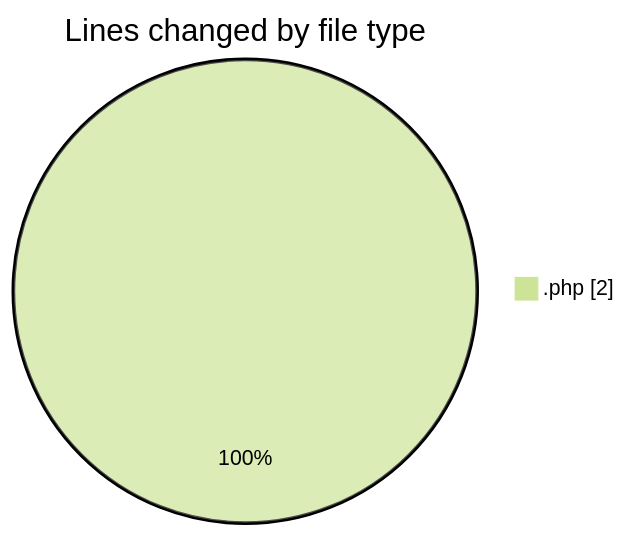
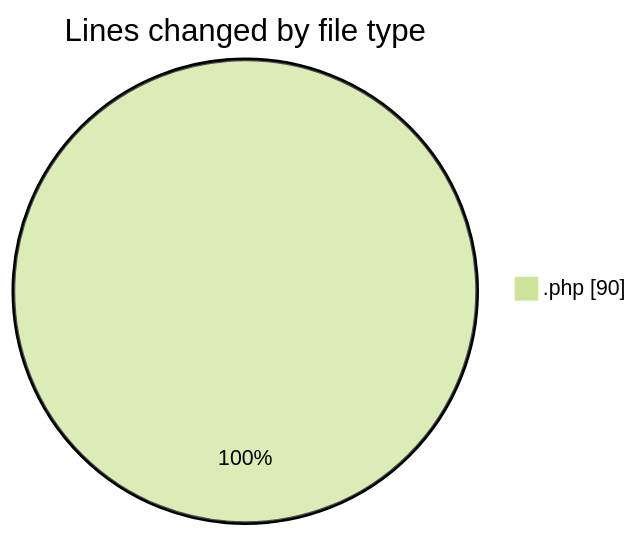
One commit to LanceThiago/code-tracking changed the first of 2 diagrams in 2025-01-15/oficina/README.md. Above: the diagram before and after it, drawn with Mermaid (forest theme). The commit also changed other lines of this file and 1 other file, not shown here.

````diff
--- a/2025-01-15/oficina/README.md
+++ b/2025-01-15/oficina/README.md
@@ -20,5 +21,5 @@
 ```mermaid
 pie showData
 title Lines changed by file type
-".php" : 2
+".php" : 90
 ```
````
